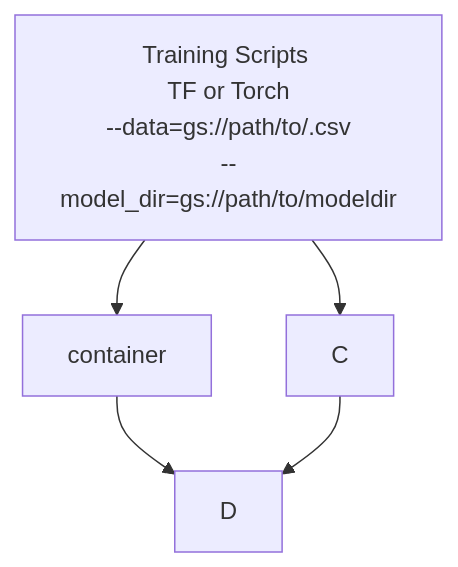
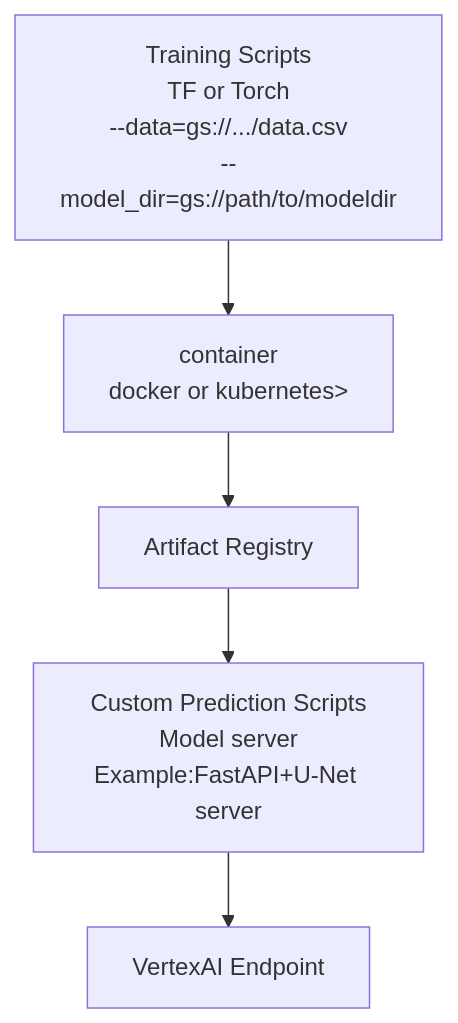
Before and after one commit to nuEGil/NotesOnTextTasks: the diagram in ReadMe.md, drawn with Mermaid.

````diff
--- a/ReadMe.md
+++ b/ReadMe.md
@@ -41,7 +41,7 @@
 ```mermaid
 graph TD;
-    A[Training Scripts <br/>TF or Torch<br/>--data=gs://path/to/.csv<br/>--model_dir=gs://path/to/modeldir]-->B[container<br/docker or kubernetes>];
-    A-->C;
-    B-->D;
+    A[Training Scripts<br/>TF or Torch<br/>--data=gs://.../data.csv<br/>--model_dir=gs://path/to/modeldir]-->B[container<br/>docker or kubernetes>];
+    B-->C[Artifact Registry];
+    D[Custom Prediction Scripts<br/>Model server<br/>Example:FastAPI+U-Net server]-->E[VertexAI Endpoint];
     C-->D;
 ```
````
